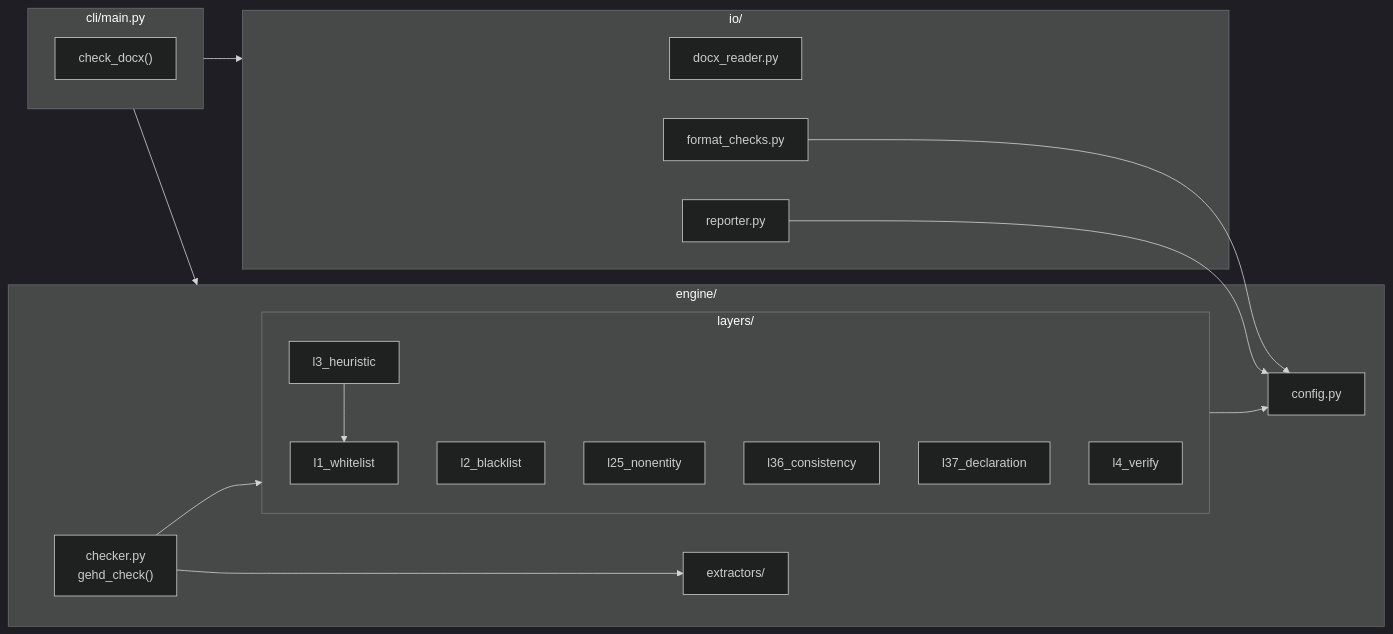
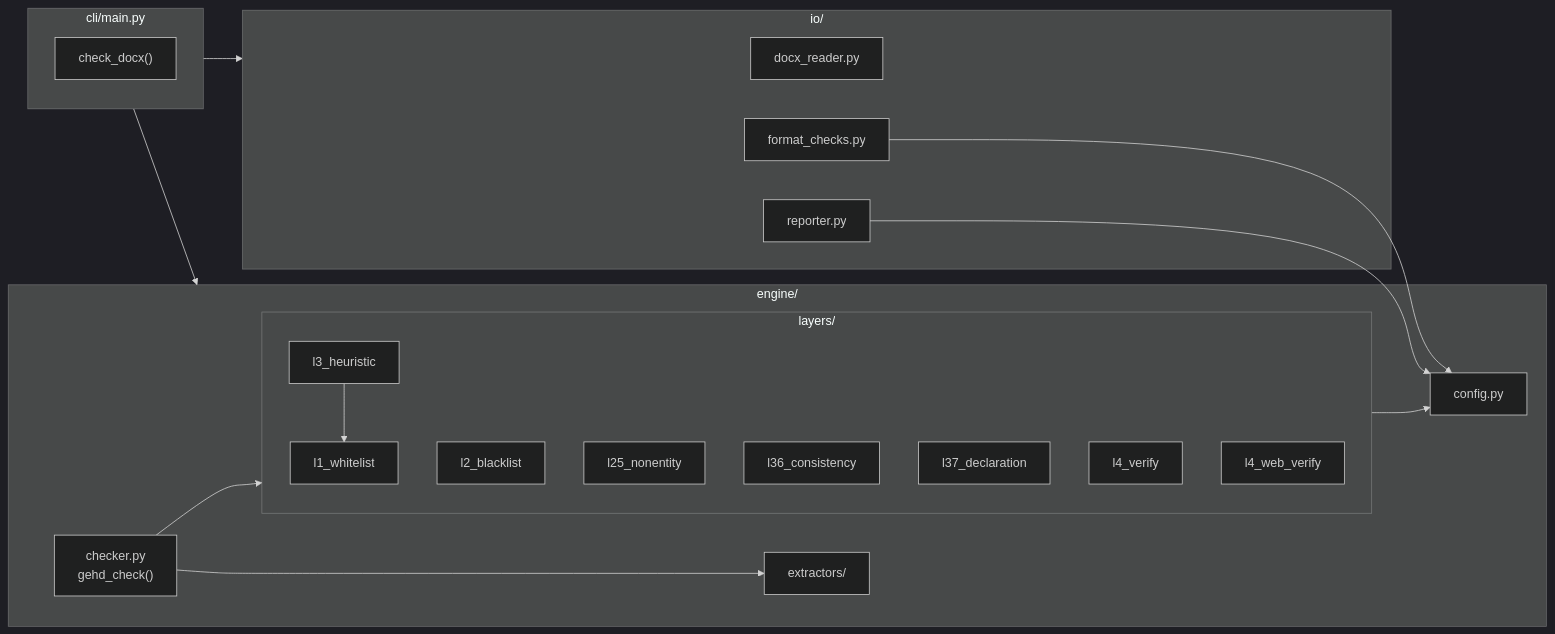
The second of 2 diagrams in docs/architecture.md (Virukicy/GEHD), drawn with Mermaid (dark theme) before and after one commit. The commit also changed other lines of this file and 2 other files, not shown here.

````diff
--- a/docs/architecture.md
+++ b/docs/architecture.md
@@ -132,36 +135,37 @@
 ```mermaid
 flowchart LR
     subgraph CLI["cli/main.py"]
         CHECK["check_docx()"]
     end
 
     subgraph IO["io/"]
         READER["docx_reader.py"]
         FMT["format_checks.py"]
         REP["reporter.py"]
     end
 
     subgraph ENGINE["engine/"]
         CHK["checker.py<br/>gehd_check()"]
         CFG["config.py"]
         EXT["extractors/"]
         subgraph LAYERS["layers/"]
             L1["l1_whitelist"]
             L2["l2_blacklist"]
             L25["l25_nonentity"]
             L3["l3_heuristic"]
             L36["l36_consistency"]
             L37["l37_declaration"]
             L4["l4_verify"]
+            L4W["l4_web_verify"]
         end
     end
 
     CLI --> IO
     CLI --> ENGINE
     CHK --> EXT
     CHK --> LAYERS
     LAYERS --> CFG
     FMT --> CFG
     REP --> CFG
     L3 --> L1
 ```
````
